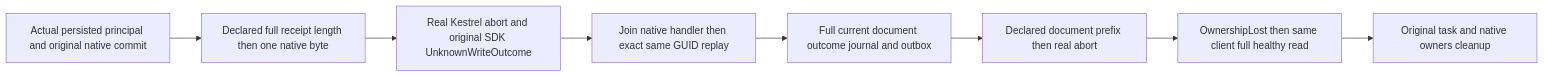
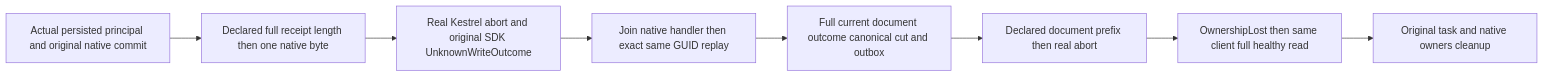
The diagram in docs/Features/ClientApi/DeclaredResponseEof.md (managedcode/KeyLoad), drawn with Mermaid before and after one commit. The commit also changed other lines of this file and 1112 other files, not shown here.

````diff
--- a/docs/Features/ClientApi/DeclaredResponseEof.md
+++ b/docs/Features/ClientApi/DeclaredResponseEof.md
@@ -13,10 +13,10 @@
 ```mermaid
 flowchart LR
  A[Actual persisted principal and original native commit] --> B[Declared full receipt length then one native byte]
  B --> C[Real Kestrel abort and original SDK UnknownWriteOutcome]
  C --> D[Join native handler then exact same GUID replay]
- D --> E[Full current document outcome journal and outbox]
+ D --> E[Full current document outcome canonical cut and outbox]
  E --> F[Declared document prefix then real abort]
  F --> G[OwnershipLost then same client full healthy read]
  G --> H[Original task and native owners cleanup]
 ```
````
